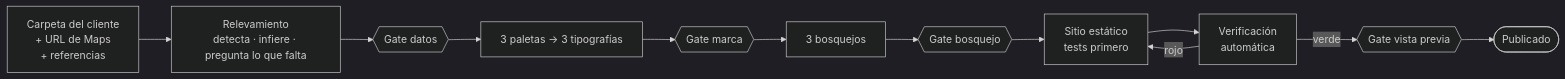
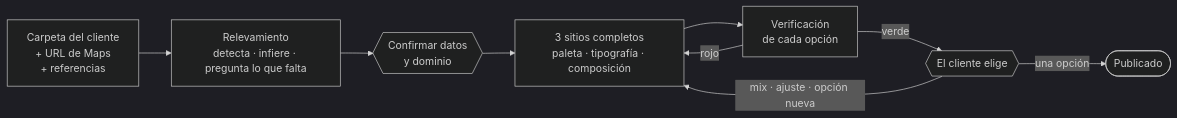
One commit to amiretti/SpecMate changed the diagram in README.md. Above: the diagram before and after it, drawn with Mermaid (dark theme). The commit also changed other lines of this file and 5 other files, not shown here.

````diff
--- a/README.md
+++ b/README.md
@@ -47,14 +47,11 @@
 ```mermaid
 flowchart LR
     In["Carpeta del cliente<br/>+ URL de Maps<br/>+ referencias"] --> Rel["Relevamiento<br/>detecta · infiere · pregunta lo que falta"]
-    Rel --> G1{{"Gate datos"}}
-    G1 --> Marca["3 paletas → 3 tipografías"]
-    Marca --> G2{{"Gate marca"}}
-    G2 --> Bosq["3 bosquejos"]
-    Bosq --> G3{{"Gate bosquejo"}}
-    G3 --> Build["Sitio estático<br/>tests primero"]
-    Build --> Verify["Verificación<br/>automática"]
-    Verify -->|rojo| Build
-    Verify -->|verde| G4{{"Gate vista previa"}}
-    G4 --> Pub([Publicado])
+    Rel --> G1{{"Confirmar datos<br/>y dominio"}}
+    G1 --> Gen["3 sitios completos<br/>paleta · tipografía · composición"]
+    Gen --> Verify["Verificación<br/>de cada opción"]
+    Verify -->|rojo| Gen
+    Verify -->|verde| Elegir{{"El cliente elige"}}
+    Elegir -->|"mix · ajuste · opción nueva"| Gen
+    Elegir -->|"una opción"| Pub([Publicado])
 ```
````
